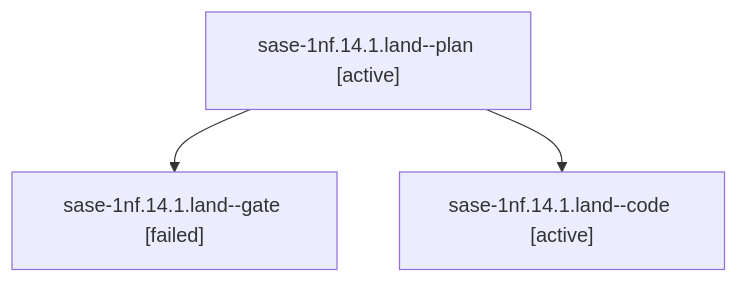
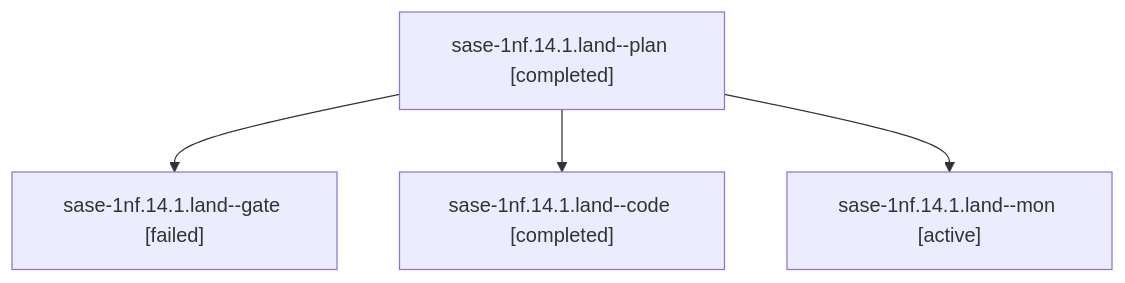
One commit to sase-org/sase--agents changed the diagram in sessions/bbugyi200.athena.sase-1nf.14.1.land.md. Above: the diagram before and after it, drawn with Mermaid. The commit also changed other lines of this file and 167 other files, not shown here.

````diff
--- a/sessions/bbugyi200.athena.sase-1nf.14.1.land.md
+++ b/sessions/bbugyi200.athena.sase-1nf.14.1.land.md
@@ -9,8 +9,10 @@
 ```mermaid
 flowchart TD
-  n0["sase-1nf.14.1.land--plan [active]"]
+  n0["sase-1nf.14.1.land--plan [completed]"]
   n1["sase-1nf.14.1.land--gate [failed]"]
   n0 --> n1
-  n2["sase-1nf.14.1.land--code [active]"]
+  n2["sase-1nf.14.1.land--code [completed]"]
   n0 --> n2
+  n3["sase-1nf.14.1.land--mon [active]"]
+  n0 --> n3
 ```
````
